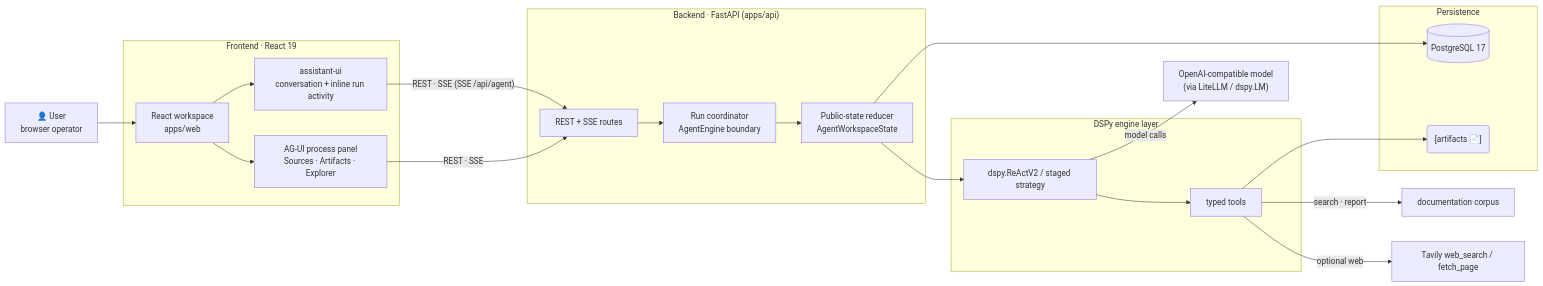
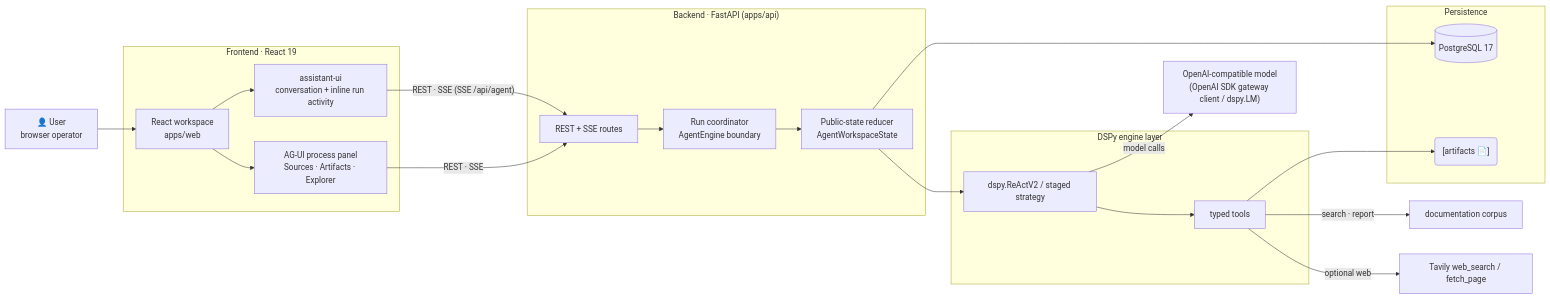
Before and after one commit to Qredence/fleet-agent: the first of 5 diagrams in docs/architecture.md, drawn with Mermaid. The commit also changed other lines of this file and 123 other files, not shown here.

````diff
--- a/docs/architecture.md
+++ b/docs/architecture.md
@@ -19,31 +19,31 @@
 ```mermaid
 flowchart LR
     USER["👤 User\nbrowser operator"] --> UI["React workspace\napps/web"]
 
     subgraph FRONT["Frontend · React 19"]
         UI --> CHAT["assistant-ui\nconversation + inline run activity"]
         UI --> PP["AG-UI process panel\nSources · Artifacts · Explorer"]
     end
 
     subgraph API["Backend · FastAPI (apps/api)"]
         ROUTES["REST + SSE routes"] --> COORD["Run coordinator\nAgentEngine boundary"]
         COORD --> PUBLIC["Public-state reducer\nAgentWorkspaceState"]
     end
 
     CHAT -->|"REST · SSE (SSE /api/agent)"| ROUTES
     PP -->|"REST · SSE"| ROUTES
 
     subgraph ENG["DSPy engine layer"]
         PUBLIC --> DSPY["dspy.ReActV2 / staged strategy"]
         DSPY --> TOOLS["typed tools"]
     end
 
     TOOLS -->|"search · report"| DOCS["documentation corpus"]
     TOOLS -->|"optional web"| TAV["Tavily web_search / fetch_page"]
-    DSPY -->|"model calls"| LM["OpenAI-compatible model\n(via LiteLLM / dspy.LM)"]
+    DSPY -->|"model calls"| LM["OpenAI-compatible model\n(OpenAI SDK gateway client / dspy.LM)"]
 
     subgraph DATA["Persistence"]
         PUBLIC --> PG[("PostgreSQL 17")]
         TOOLS --> ART("[artifacts 📄]")
     end
 ```
````
